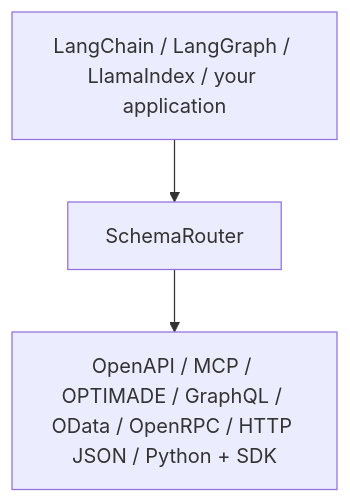
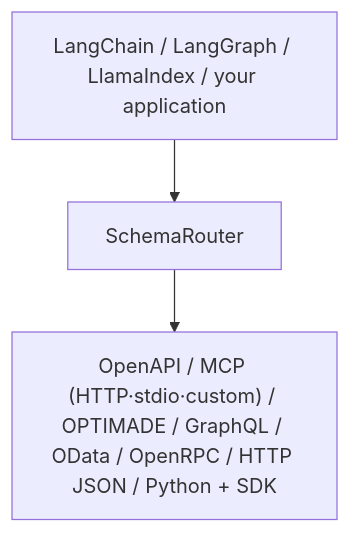
The second of 2 diagrams in README.md (JDeun/SchemaRouter), drawn with Mermaid before and after one commit. The commit also changed other lines of this file, not shown here.

Commit message:
docs: surface MCP stdio and custom transport ingress

````diff
--- a/README.md
+++ b/README.md
@@ -173,5 +173,5 @@
 ```mermaid
 flowchart TD
     F["LangChain / LangGraph / LlamaIndex / your application"] --> SR["SchemaRouter"]
-    SR --> T["OpenAPI / MCP / OPTIMADE / GraphQL / OData / OpenRPC / HTTP JSON / Python + SDK"]
+    SR --> T["OpenAPI / MCP (HTTP·stdio·custom) / OPTIMADE / GraphQL / OData / OpenRPC / HTTP JSON / Python + SDK"]
 ```
````
